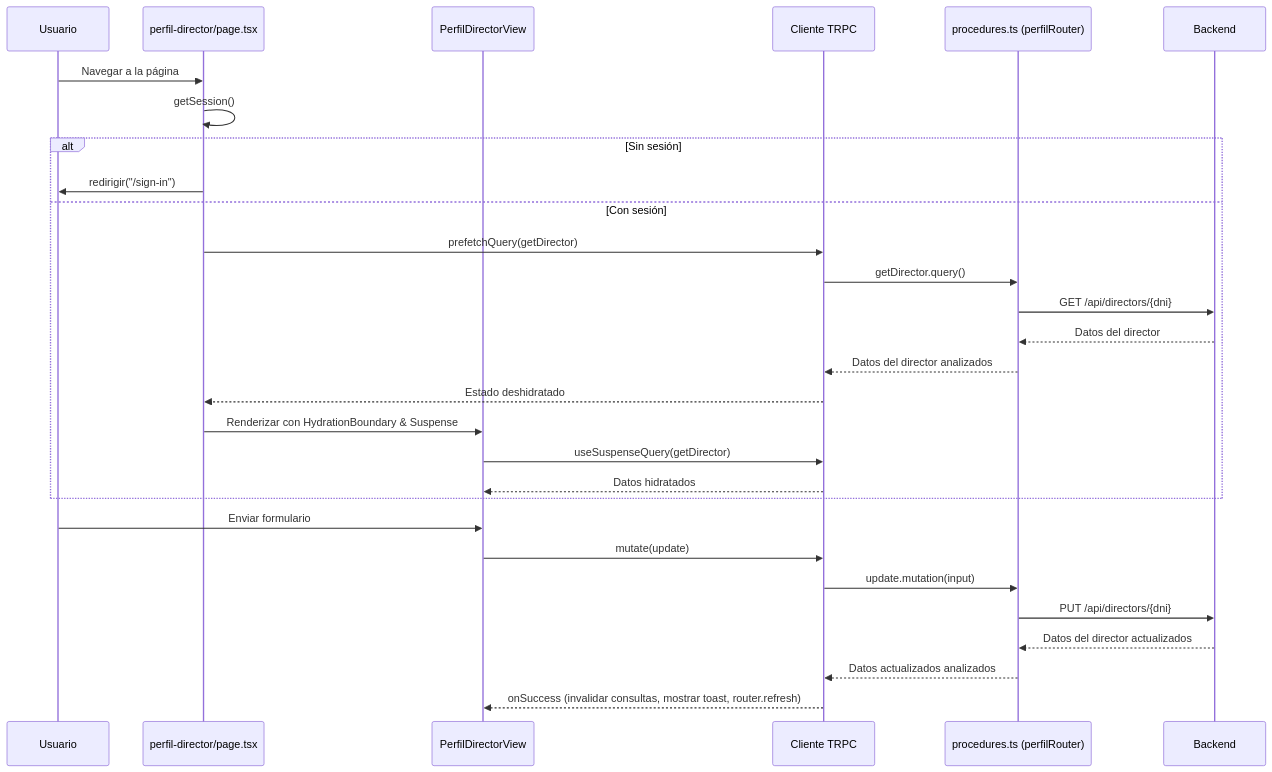
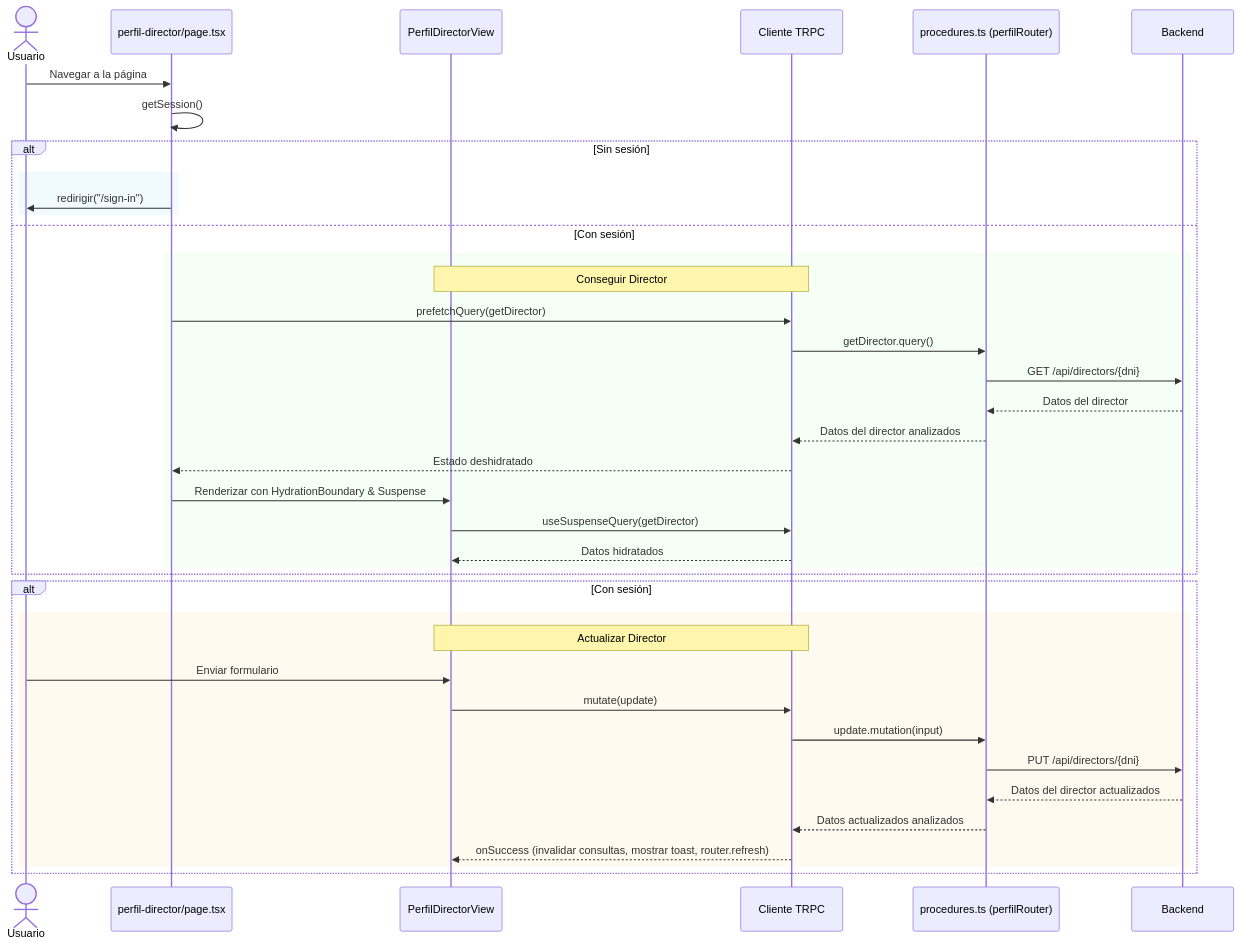
The first of 2 diagrams in README.md (MartinTrochez/front-end-tic-service-request), drawn with Mermaid before and after one commit. The commit also changed other lines of this file, not shown here.

````diff
--- a/README.md
+++ b/README.md
@@ -48,36 +127,47 @@
 ```mermaid
+
 sequenceDiagram
-    participant Usuario
+    actor Usuario
     participant Página as perfil-director/page.tsx
     participant Vista as PerfilDirectorView
     participant TRPC as Cliente TRPC
     participant Proc as procedures.ts (perfilRouter)
     participant Backend
 
     %% Carga Inicial Comenzando desde la Página
     Usuario->>Página: Navegar a la página
     Página->>Página: getSession()
     alt Sin sesión
+        rect rgb(240,250,255)
         Página->>Usuario: redirigir("/sign-in")
+        end
     else Con sesión
+        rect rgb(245,255,245)
+        note over Vista, TRPC: Conseguir Director
         Página->>TRPC: prefetchQuery(getDirector)
         TRPC->>Proc: getDirector.query()
         Proc->>Backend: GET /api/directors/{dni}
         Backend-->>Proc: Datos del director
         Proc-->>TRPC: Datos del director analizados
         TRPC-->>Página: Estado deshidratado
 
         Página->>Vista: Renderizar con HydrationBoundary & Suspense
         Vista->>TRPC: useSuspenseQuery(getDirector)
         TRPC-->>Vista: Datos hidratados
+        end
     end
 
     %% Flujo de Actualización
-    Usuario->>Vista: Enviar formulario
-    Vista->>TRPC: mutate(update)
-    TRPC->>Proc: update.mutation(input)
-    Proc->>Backend: PUT /api/directors/{dni}
-    Backend-->>Proc: Datos del director actualizados
-    Proc-->>TRPC: Datos actualizados analizados
-    TRPC-->>Vista: onSuccess (invalidar consultas, mostrar toast, router.refresh)
+    alt Con sesión
+        rect rgb(255,250,240)
+        note over Vista, TRPC: Actualizar Director
+        Usuario->>Vista: Enviar formulario
+        Vista->>TRPC: mutate(update)
+        TRPC->>Proc: update.mutation(input)
+        Proc->>Backend: PUT /api/directors/{dni}
+        Backend-->>Proc: Datos del director actualizados
+        Proc-->>TRPC: Datos actualizados analizados
+        TRPC-->>Vista: onSuccess (invalidar consultas, mostrar toast, router.refresh)
+        end
+    end
 ```
````
